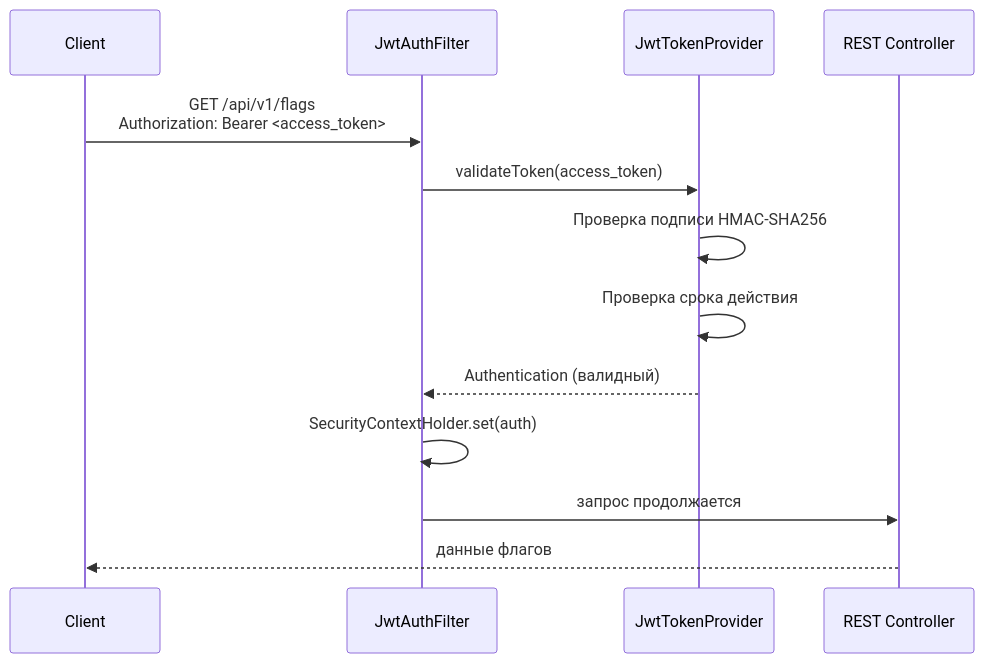
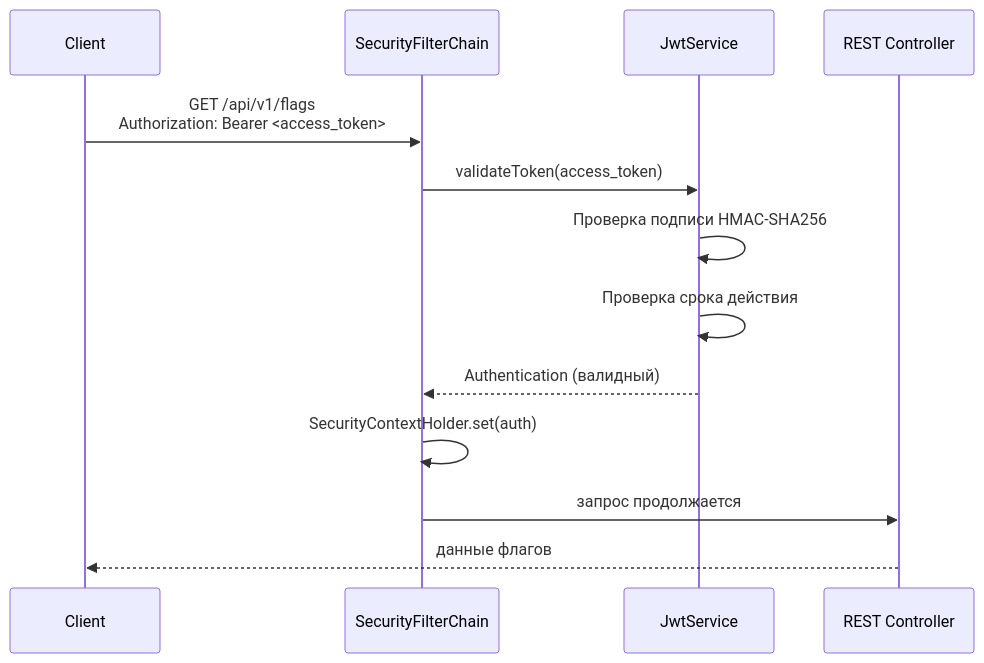
Before and after one commit to edgar-dev20/mozhno: the fourth of 6 diagrams in docs/advanced/architecture.md, drawn with Mermaid. The commit also changed other lines of this file and 22 other files, not shown here.

````diff
--- a/docs/advanced/architecture.md
+++ b/docs/advanced/architecture.md
@@ -205,16 +205,16 @@
 ```mermaid
 sequenceDiagram
     participant Client
-    participant Filter as JwtAuthFilter
-    participant Provider as JwtTokenProvider
+    participant Filter as SecurityFilterChain
+    participant Provider as JwtService
     participant Controller as REST Controller
 
     Client->>Filter: GET /api/v1/flags<br/>Authorization: Bearer <access_token>
     Filter->>Provider: validateToken(access_token)
     Provider->>Provider: Проверка подписи HMAC-SHA256
     Provider->>Provider: Проверка срока действия
     Provider-->>Filter: Authentication (валидный)
     Filter->>Filter: SecurityContextHolder.set(auth)
     Filter->>Controller: запрос продолжается
     Controller-->>Client: данные флагов
 ```
````
